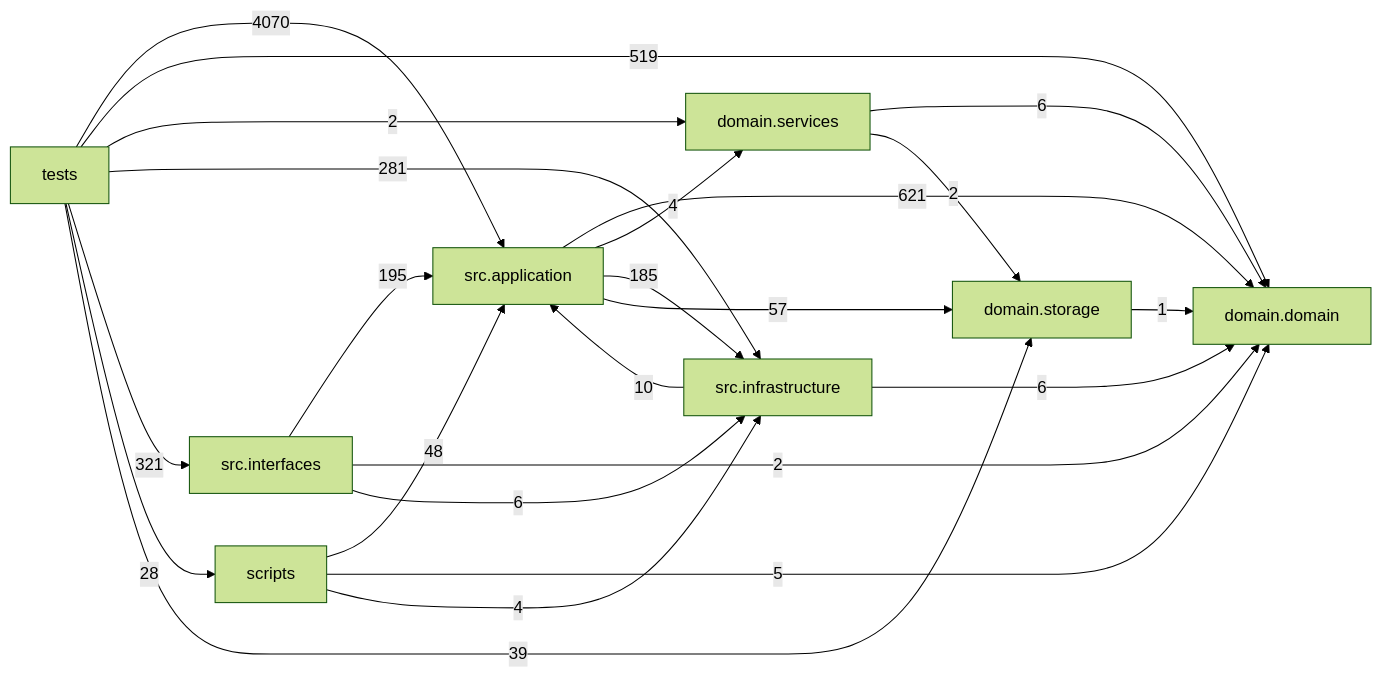
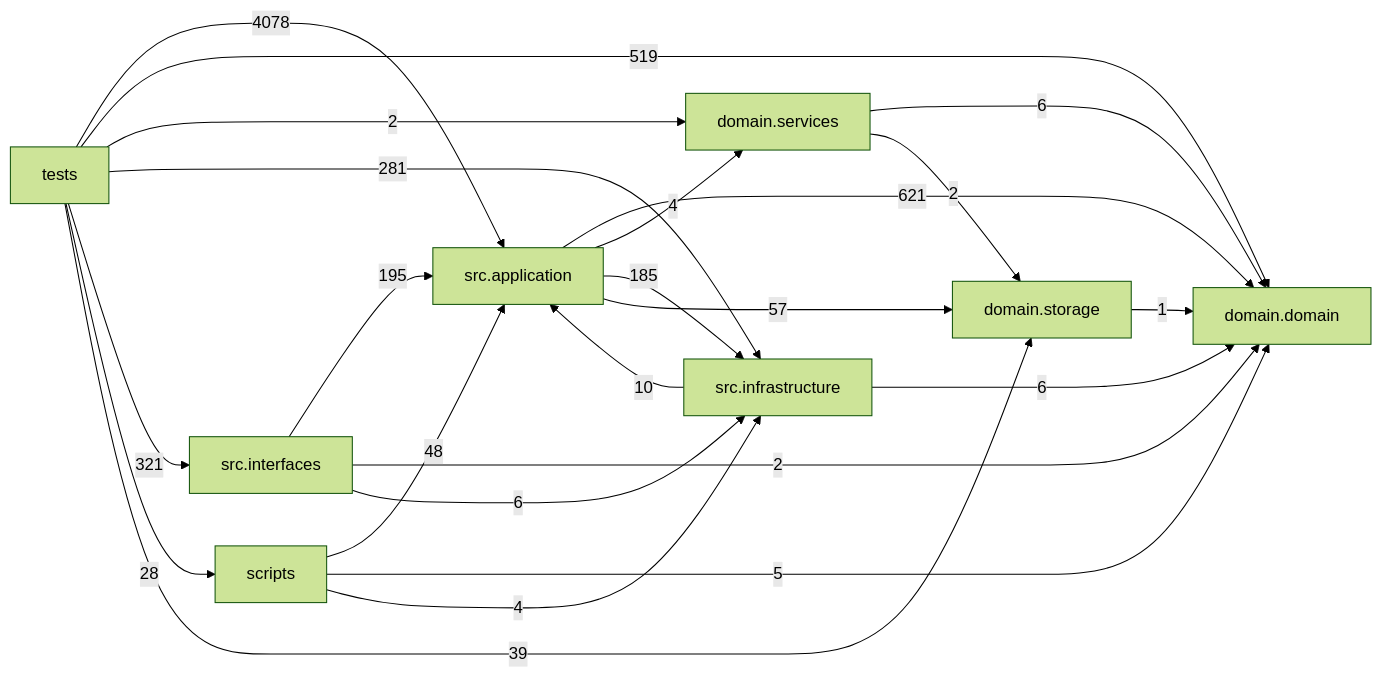
One commit to liuxie066/options-monitor changed the diagram in docs/DEPENDENCY_GRAPH.md. Above: the diagram before and after it, drawn with Mermaid (forest theme). The commit also changed other lines of this file and 8 other files, not shown here.

````diff
--- a/docs/DEPENDENCY_GRAPH.md
+++ b/docs/DEPENDENCY_GRAPH.md
@@ -24,33 +24,33 @@
 ```mermaid
 flowchart LR
   tests["tests"]
   scripts["scripts"]
   interfaces["src.interfaces"]
   application["src.application"]
   infrastructure["src.infrastructure"]
   domain_services["domain.services"]
   domain["domain.domain"]
   storage["domain.storage"]
   application -->|621| domain
   application -->|4| domain_services
   application -->|185| infrastructure
   application -->|57| storage
   domain_services -->|6| domain
   domain_services -->|2| storage
   infrastructure -->|10| application
   infrastructure -->|6| domain
   interfaces -->|195| application
   interfaces -->|2| domain
   interfaces -->|6| infrastructure
   scripts -->|48| application
   scripts -->|5| domain
   scripts -->|4| infrastructure
   storage -->|1| domain
-  tests -->|4070| application
+  tests -->|4078| application
   tests -->|519| domain
   tests -->|2| domain_services
   tests -->|281| infrastructure
   tests -->|321| interfaces
   tests -->|28| scripts
   tests -->|39| storage
 ```
````
